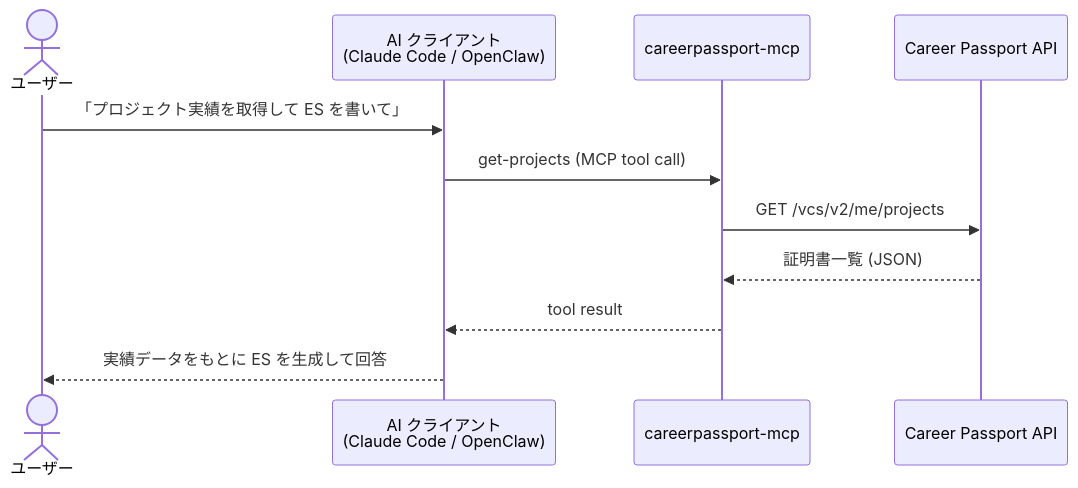
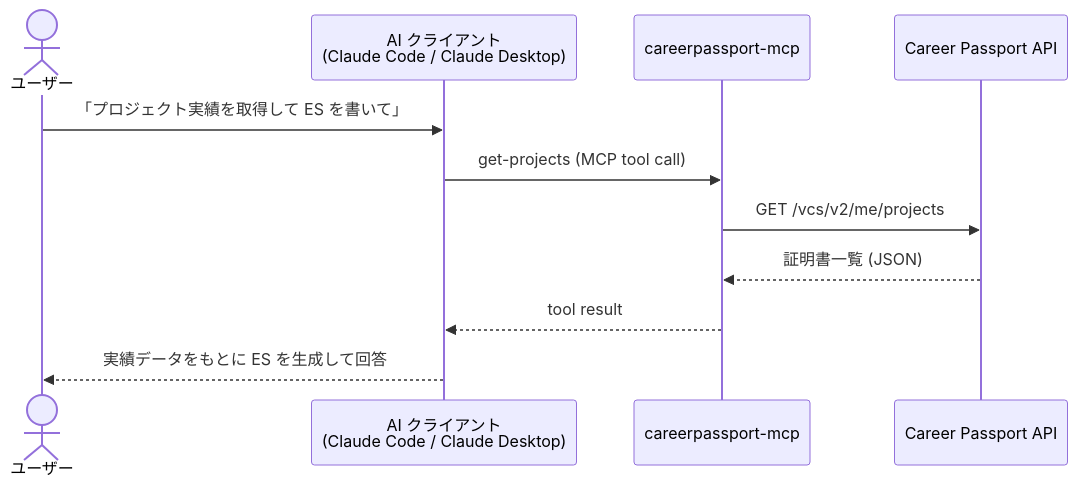
The second of 3 diagrams in README.md (isbtty/careerpassport-mcp), drawn with Mermaid before and after one commit. The commit also changed other lines of this file, not shown here.

Commit message:
docs: OpenClaw を Claude Desktop に変更

````diff
--- a/README.md
+++ b/README.md
@@ -136,14 +136,14 @@
 ```mermaid
 sequenceDiagram
     actor User as ユーザー
-    participant AI as AI クライアント<br/>(Claude Code / OpenClaw)
+    participant AI as AI クライアント<br/>(Claude Code / Claude Desktop)
     participant MCP as careerpassport-mcp
     participant CP as Career Passport API
 
     User->>AI: 「プロジェクト実績を取得して ES を書いて」
     AI->>MCP: get-projects (MCP tool call)
     MCP->>CP: GET /vcs/v2/me/projects
     CP-->>MCP: 証明書一覧 (JSON)
     MCP-->>AI: tool result
     AI-->>User: 実績データをもとに ES を生成して回答
 ```
````
